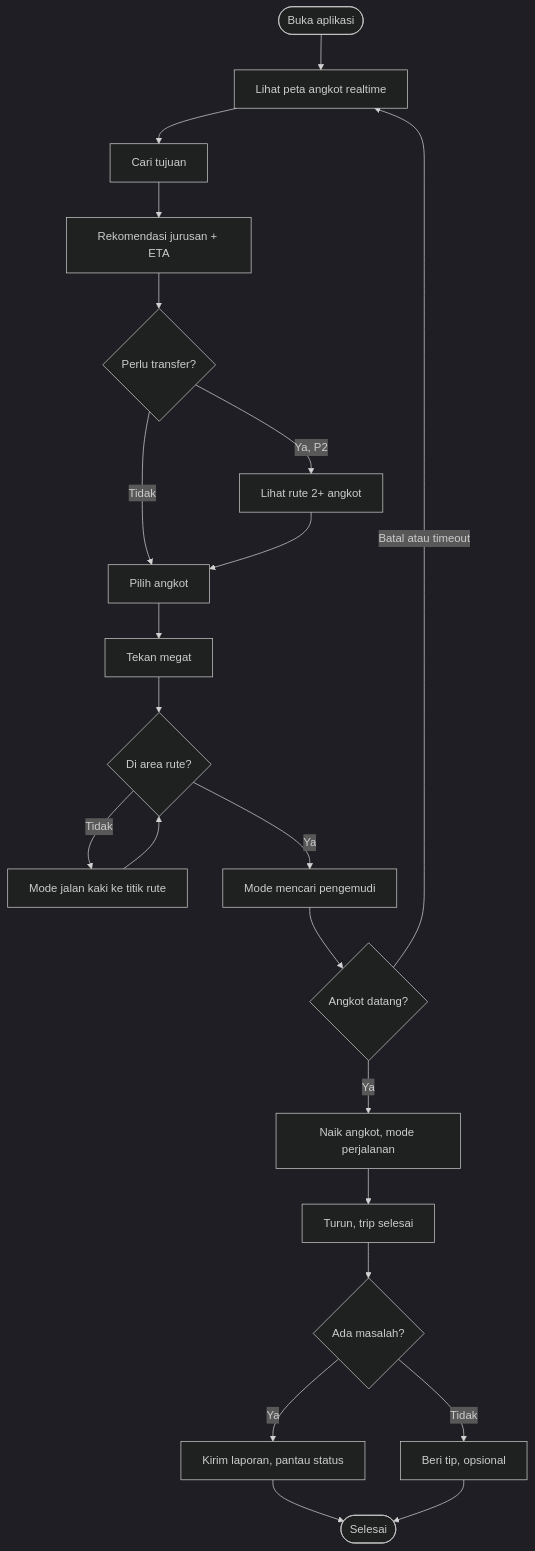
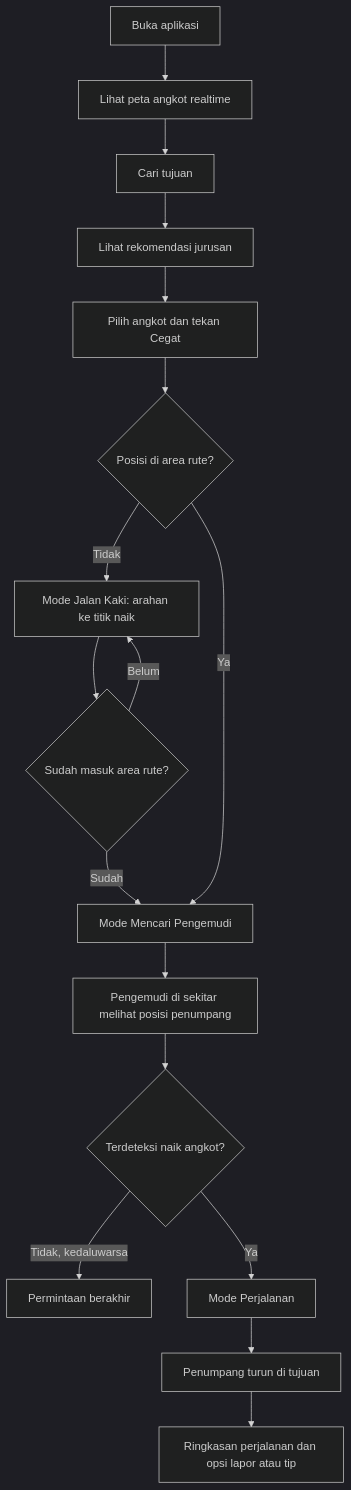
The sixth of 12 diagrams in README.md (angkot-live/angkot-live), drawn with Mermaid (dark theme) before and after one commit. The commit also changed other lines of this file, not shown here.

````diff
--- a/README.md
+++ b/README.md
@@ -520,24 +652,19 @@
 ```mermaid
 flowchart TD
-    A(["Buka aplikasi"]) --> B["Lihat peta angkot realtime"]
+    A["Buka aplikasi"] --> B["Lihat peta angkot realtime"]
     B --> C["Cari tujuan"]
-    C --> D["Rekomendasi jurusan + ETA"]
-    D --> E{"Perlu transfer?"}
-    E -->|Tidak| F["Pilih angkot"]
-    E -->|Ya, P2| G["Lihat rute 2+ angkot"]
-    G --> F
-    F --> H["Tekan megat"]
-    H --> I{"Di area rute?"}
-    I -->|Tidak| J["Mode jalan kaki ke titik rute"]
-    J --> I
-    I -->|Ya| K["Mode mencari pengemudi"]
-    K --> L{"Angkot datang?"}
-    L -->|Batal atau timeout| B
-    L -->|Ya| M["Naik angkot, mode perjalanan"]
-    M --> N["Turun, trip selesai"]
-    N --> O{"Ada masalah?"}
-    O -->|Ya| P["Kirim laporan, pantau status"]
-    O -->|Tidak| Q["Beri tip, opsional"]
-    P --> R(["Selesai"])
-    Q --> R
+    C --> D["Lihat rekomendasi jurusan"]
+    D --> E["Pilih angkot dan tekan Cegat"]
+    E --> F{"Posisi di area rute?"}
+    F -->|"Tidak"| G["Mode Jalan Kaki: arahan ke titik naik"]
+    G --> H{"Sudah masuk area rute?"}
+    H -->|"Belum"| G
+    H -->|"Sudah"| I["Mode Mencari Pengemudi"]
+    F -->|"Ya"| I
+    I --> J["Pengemudi di sekitar melihat posisi penumpang"]
+    J --> K{"Terdeteksi naik angkot?"}
+    K -->|"Tidak, kedaluwarsa"| L["Permintaan berakhir"]
+    K -->|"Ya"| M["Mode Perjalanan"]
+    M --> N["Penumpang turun di tujuan"]
+    N --> O["Ringkasan perjalanan dan opsi lapor atau tip"]
 ```
````
